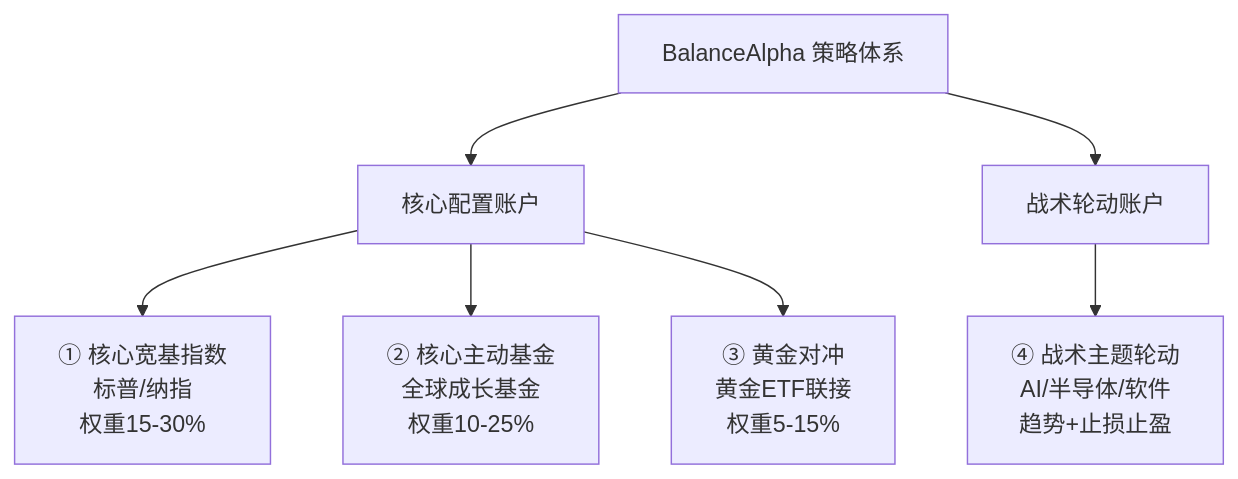
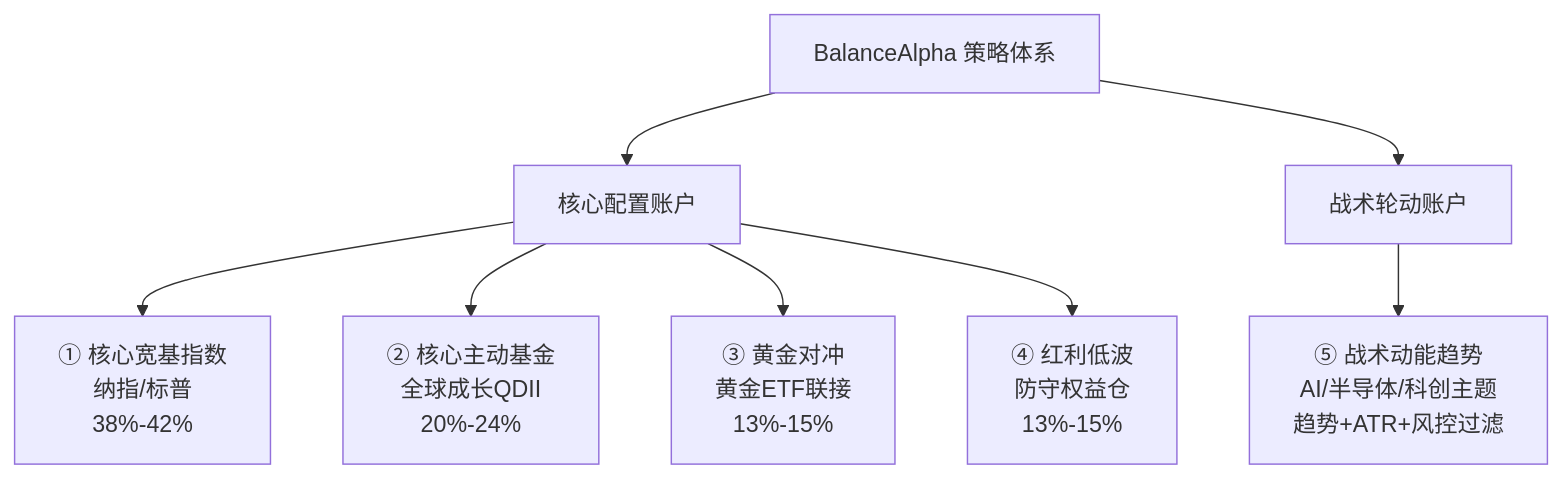
One commit to maoil/BalanceAlpha changed the diagram in strategy_summary.md. Above: the diagram before and after it, drawn with Mermaid. The commit also changed other lines of this file and 5 other files, not shown here.

````diff
--- a/strategy_summary.md
+++ b/strategy_summary.md
@@ -137,11 +295,12 @@
 ```mermaid
 graph TD
     A["BalanceAlpha 策略体系"] --> B["核心配置账户"]
     A --> C["战术轮动账户"]
-    
-    B --> D["① 核心宽基指数<br/>标普/纳指<br/>权重15-30%"]
-    B --> E["② 核心主动基金<br/>全球成长基金<br/>权重10-25%"]
-    B --> F["③ 黄金对冲<br/>黄金ETF联接<br/>权重5-15%"]
-    
-    C --> G["④ 战术主题轮动<br/>AI/半导体/软件<br/>趋势+止损止盈"]
+
+    B --> D["① 核心宽基指数<br/>纳指/标普<br/>38%-42%"]
+    B --> E["② 核心主动基金<br/>全球成长QDII<br/>20%-24%"]
+    B --> F["③ 黄金对冲<br/>黄金ETF联接<br/>13%-15%"]
+    B --> G["④ 红利低波<br/>防守权益仓<br/>13%-15%"]
+
+    C --> H["⑤ 战术动能趋势<br/>AI/半导体/科创主题<br/>趋势+ATR+风控过滤"]
 ```
````
